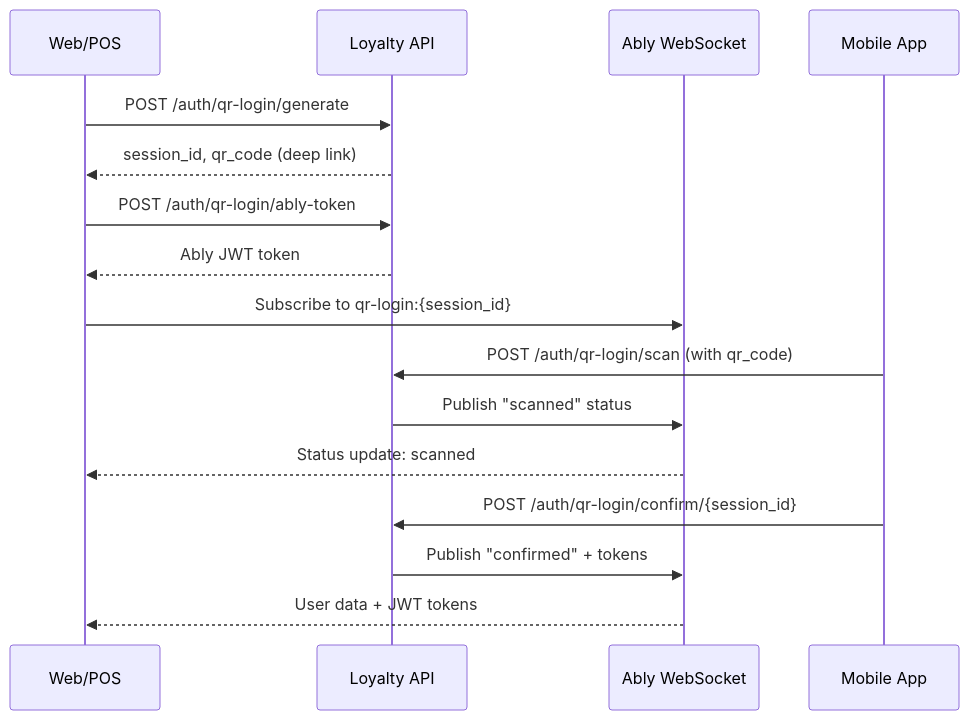
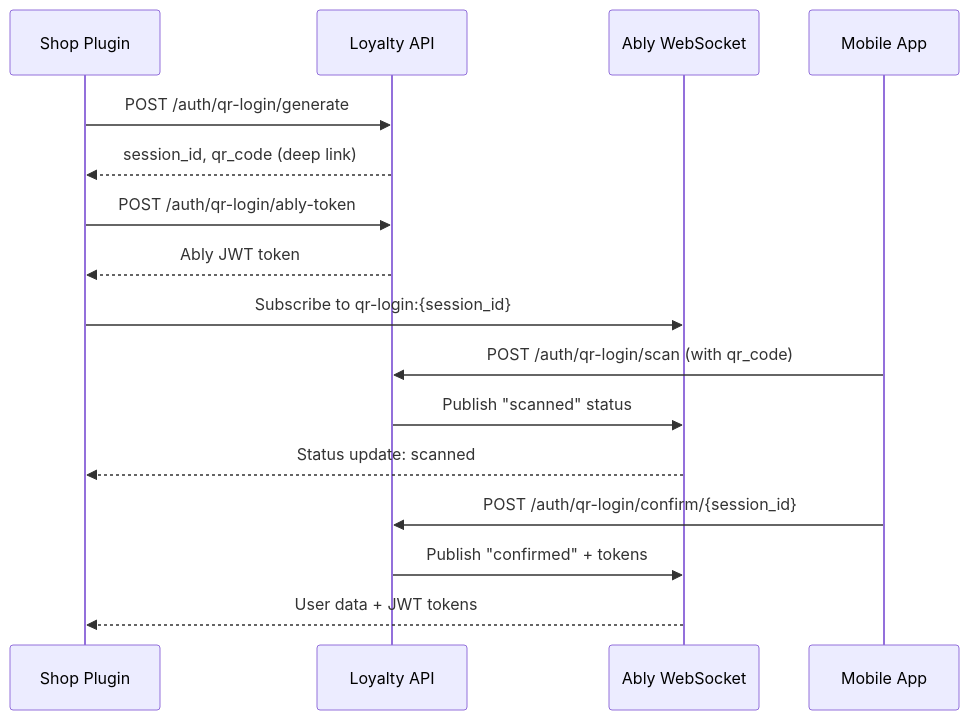
One commit to Loyalty-lt/docs changed the diagram in api-reference/endpoints/shop/auth/qr-login.mdx. Above: the diagram before and after it, drawn with Mermaid. The commit also changed other lines of this file and 11 other files, not shown here.

````diff
--- a/api-reference/endpoints/shop/auth/qr-login.mdx
+++ b/api-reference/endpoints/shop/auth/qr-login.mdx
@@ -17,21 +17,21 @@
 ```mermaid
 sequenceDiagram
-    participant Web as Web/POS
+    participant Web as Shop Plugin
     participant API as Loyalty API
     participant Ably as Ably WebSocket
     participant App as Mobile App
     
     Web->>API: POST /auth/qr-login/generate
     API-->>Web: session_id, qr_code (deep link)
     Web->>API: POST /auth/qr-login/ably-token
     API-->>Web: Ably JWT token
     Web->>Ably: Subscribe to qr-login:{session_id}
     
     App->>API: POST /auth/qr-login/scan (with qr_code)
     API->>Ably: Publish "scanned" status
     Ably-->>Web: Status update: scanned
     
     App->>API: POST /auth/qr-login/confirm/{session_id}
     API->>Ably: Publish "confirmed" + tokens
     Ably-->>Web: User data + JWT tokens
 ```
````
